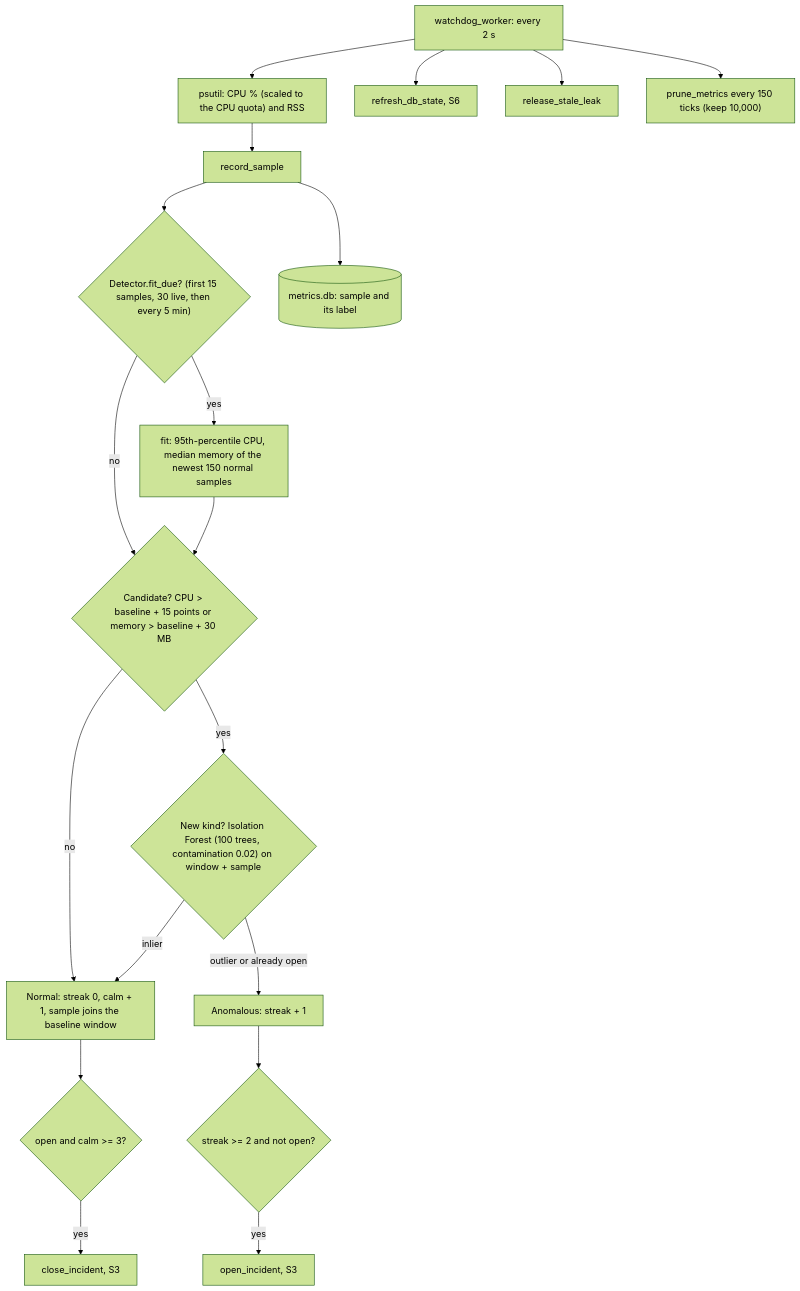
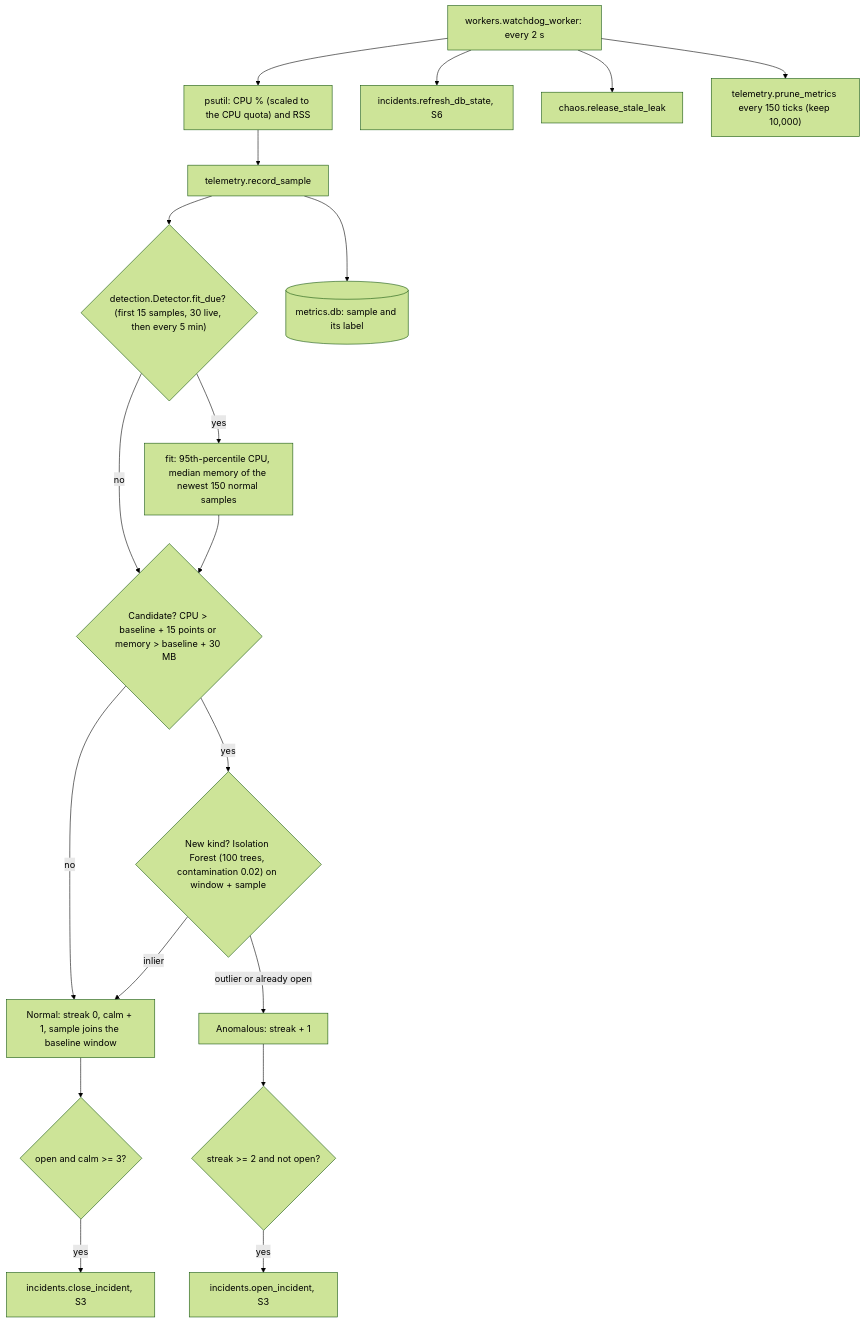
Before and after one commit to vishnuatgit/DeepBell: the eighth of 11 diagrams in docs/process-flows.md, drawn with Mermaid (forest theme). The commit also changed other lines of this file and 37 other files, not shown here.

````diff
--- a/docs/process-flows.md
+++ b/docs/process-flows.md
@@ -266,21 +266,21 @@
 ```mermaid
 flowchart TD
-    T["watchdog_worker: every 2 s"] --> S["psutil: CPU % (scaled to the CPU quota) and RSS"]
-    S --> R[record_sample]
-    R --> F{"Detector.fit_due? (first 15 samples, 30 live, then every 5 min)"}
+    T["workers.watchdog_worker: every 2 s"] --> S["psutil: CPU % (scaled to the CPU quota) and RSS"]
+    S --> R[telemetry.record_sample]
+    R --> F{"detection.Detector.fit_due? (first 15 samples, 30 live, then every 5 min)"}
     F -- yes --> FIT["fit: 95th-percentile CPU, median memory of the newest 150 normal samples"]
     F -- no --> C
     FIT --> C{"Candidate? CPU > baseline + 15 points or memory > baseline + 30 MB"}
     C -- no --> N[Normal: streak 0, calm + 1, sample joins the baseline window]
     C -- yes --> IF{"New kind? Isolation Forest (100 trees, contamination 0.02) on window + sample"}
     IF -- inlier --> N
     IF -- outlier or already open --> A[Anomalous: streak + 1]
     A --> O{"streak >= 2 and not open?"}
-    O -- yes --> OPEN[open_incident, S3]
+    O -- yes --> OPEN[incidents.open_incident, S3]
     N --> CL{"open and calm >= 3?"}
-    CL -- yes --> CLOSE[close_incident, S3]
+    CL -- yes --> CLOSE[incidents.close_incident, S3]
     R --> DB[(metrics.db: sample and its label)]
-    T --> H[refresh_db_state, S6]
-    T --> L[release_stale_leak]
-    T --> P["prune_metrics every 150 ticks (keep 10,000)"]
+    T --> H[incidents.refresh_db_state, S6]
+    T --> L[chaos.release_stale_leak]
+    T --> P["telemetry.prune_metrics every 150 ticks (keep 10,000)"]
 ```
````
